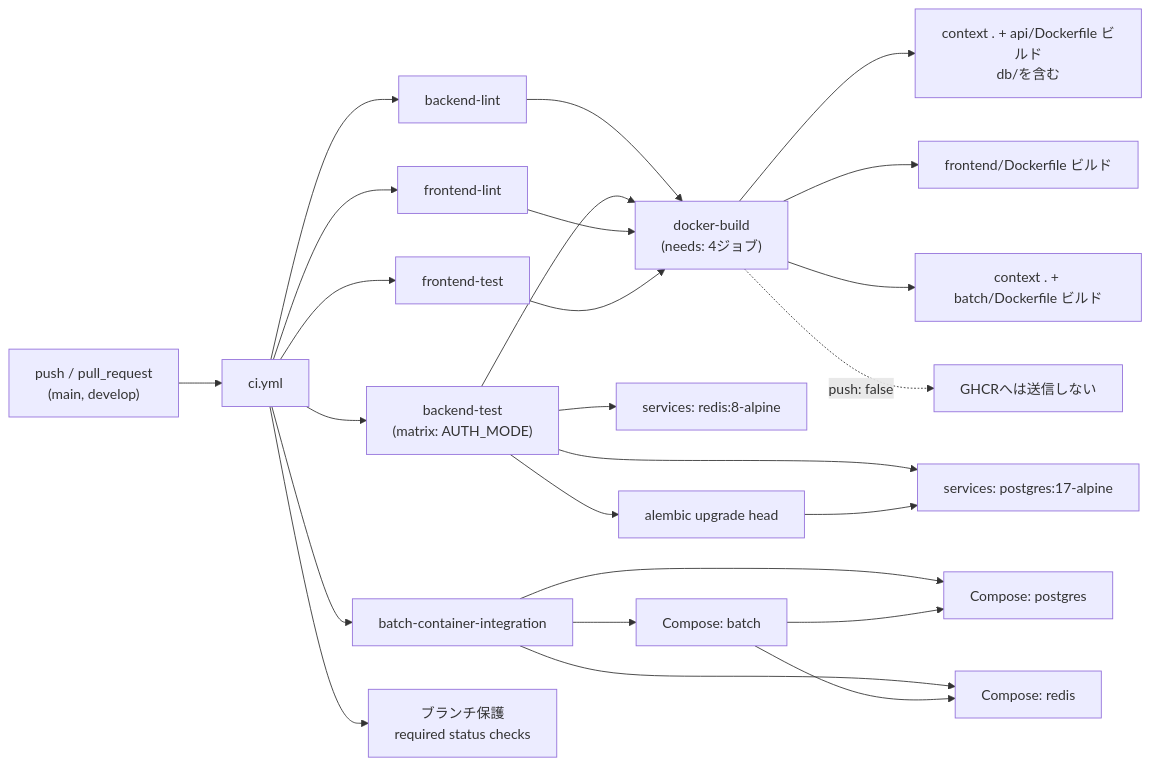
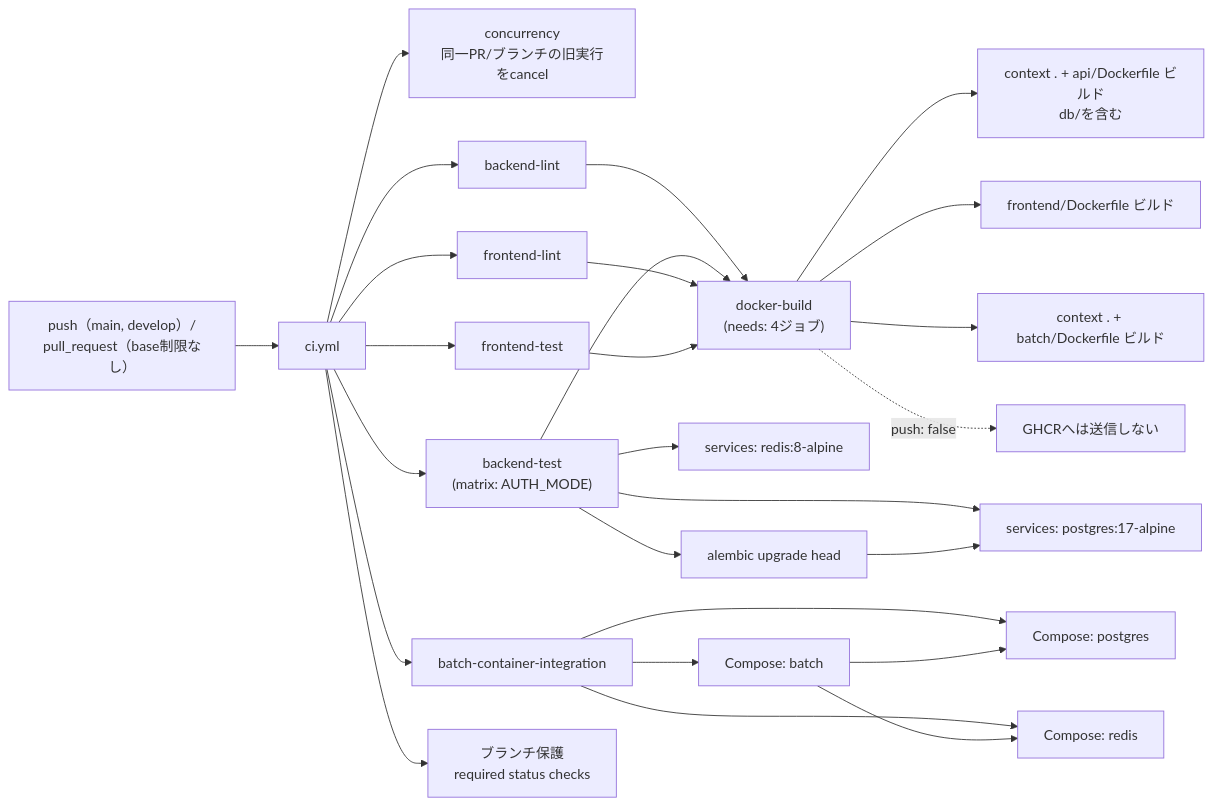
The fourth of 4 diagrams in docs/detailed_design/infra/05_ci_workflow.md (oikawa-d/task_management), drawn with Mermaid before and after one commit. The commit also changed other lines of this file and 3 other files, not shown here.

````diff
--- a/docs/detailed_design/infra/05_ci_workflow.md
+++ b/docs/detailed_design/infra/05_ci_workflow.md
@@ -238,27 +240,28 @@
 ```mermaid
 flowchart LR
-    TRIG["push / pull_request<br/>(main, develop)"] --> WF["ci.yml"]
+    TRIG["push（main, develop）/<br/>pull_request（base制限なし）"] --> WF["ci.yml"]
+    WF --> CONC["concurrency<br/>同一PR/ブランチの旧実行をcancel"]
     WF --> BL["backend-lint"]
     WF --> BT["backend-test<br/>(matrix: AUTH_MODE)"]
     WF --> FL["frontend-lint"]
     WF --> FT["frontend-test"]
     WF --> BI["batch-container-integration"]
     BI --> BPG["Compose: postgres"]
     BI --> BRD["Compose: redis"]
     BI --> BATCH["Compose: batch"]
     BATCH --> BPG
     BATCH --> BRD
     BT --> PGSVC["services: postgres:17-alpine"]
     BT --> RDSVC["services: redis:8-alpine"]
     BT --> MIG["alembic upgrade head"]
     MIG --> PGSVC
     BL --> DB["docker-build<br/>(needs: 4ジョブ)"]
     BT --> DB
     FL --> DB
     FT --> DB
     DB --> IMGBE["context . + api/Dockerfile ビルド<br/>db/を含む"]
     DB --> IMGFE["frontend/Dockerfile ビルド"]
     DB --> IMGBA["context . + batch/Dockerfile ビルド"]
     DB -.->|"push: false"| NOPUSH["GHCRへは送信しない"]
     WF --> BP["ブランチ保護<br/>required status checks"]
 ```
````
